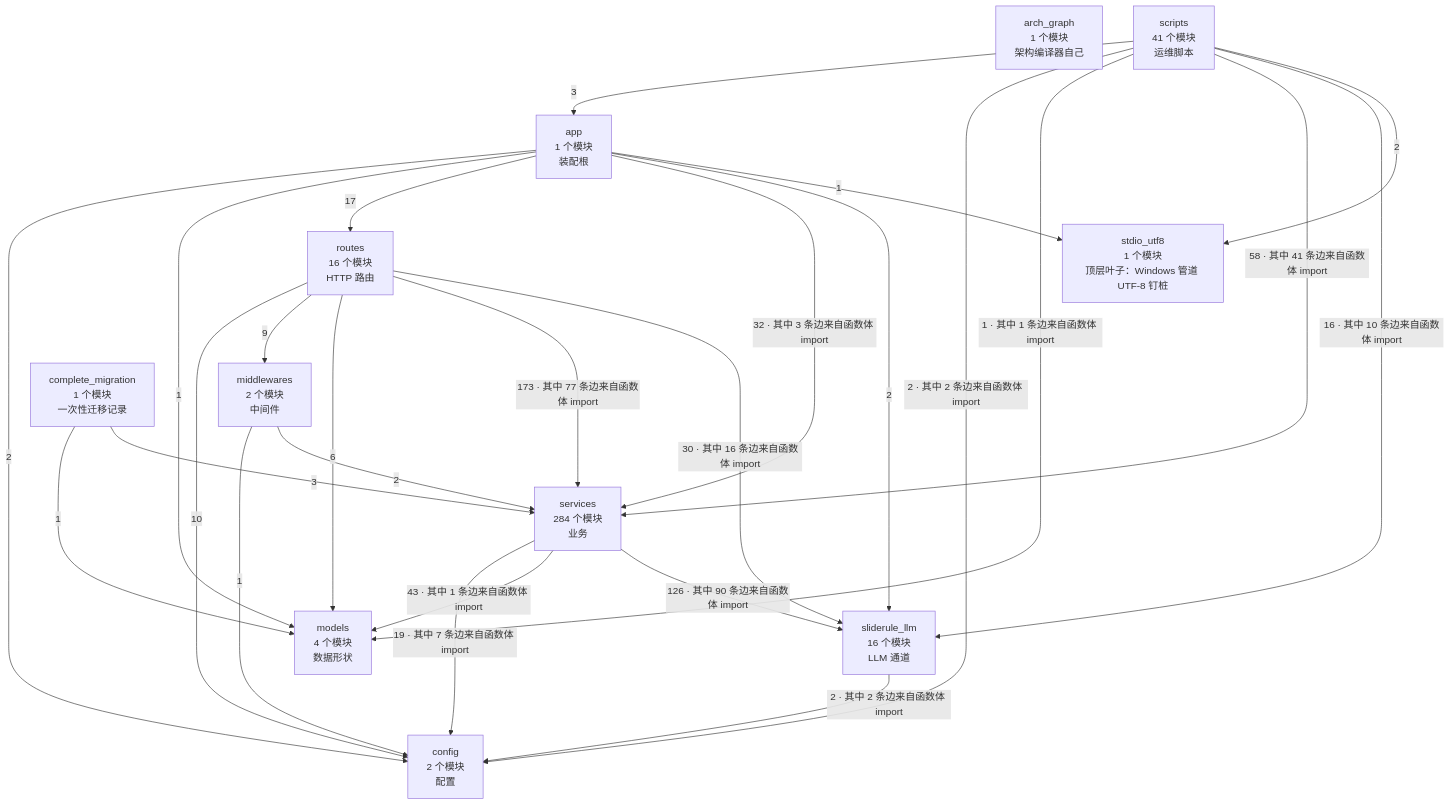
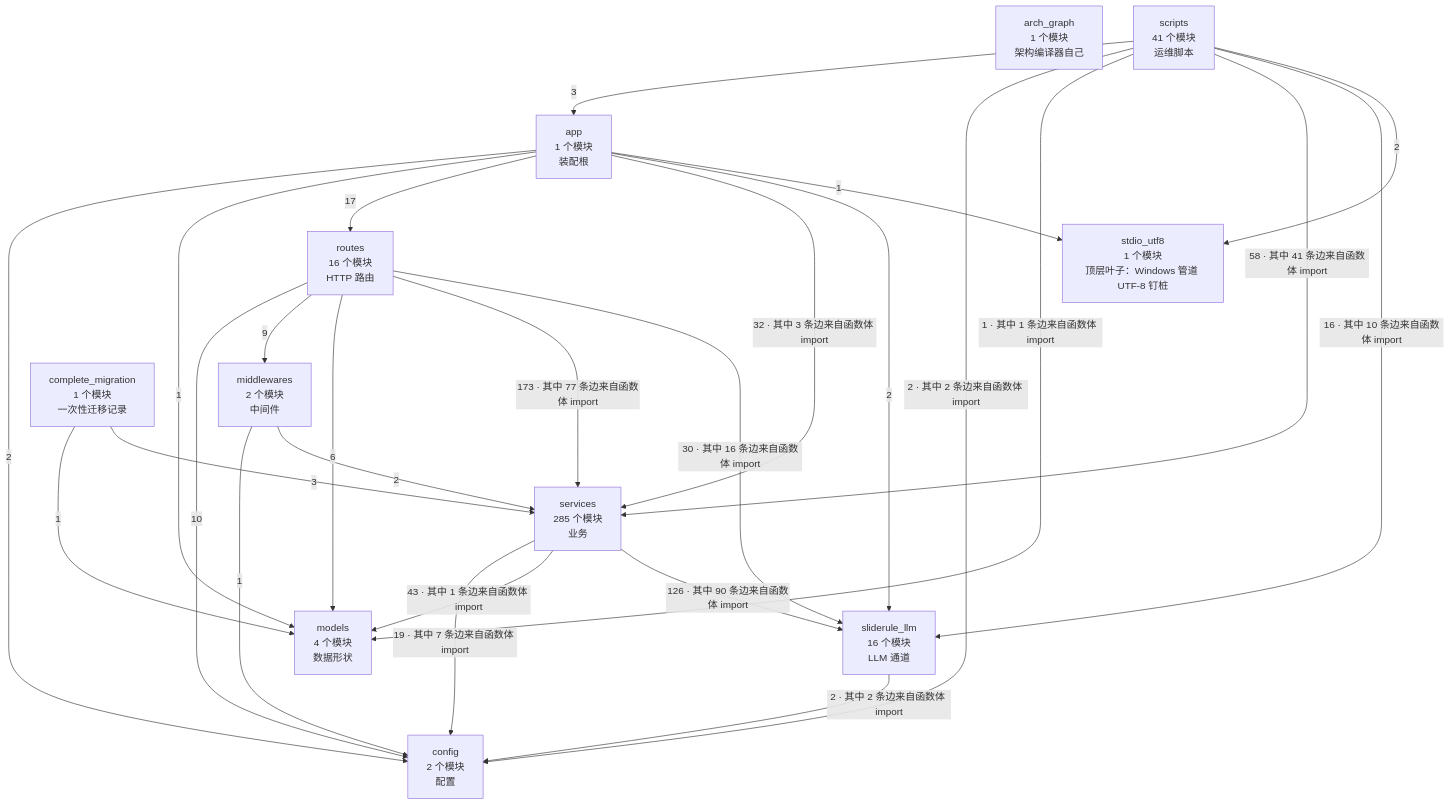
One commit to 2686521696/WhyBuddy changed the second of 4 diagrams in docs/SlideRule V6.2 架构图（自动生成）.md. Above: the diagram before and after it, drawn with Mermaid. The commit also changed other lines of this file and 7 other files, not shown here.

````diff
--- a/docs/SlideRule V6.2 架构图（自动生成）.md
+++ b/docs/SlideRule V6.2 架构图（自动生成）.md
@@ -62,39 +62,39 @@
 ```mermaid
 flowchart TB
   arch_graph["arch_graph<br/>1 个模块<br/>架构编译器自己"]
   config["config<br/>2 个模块<br/>配置"]
   models["models<br/>4 个模块<br/>数据形状"]
   stdio_utf8["stdio_utf8<br/>1 个模块<br/>顶层叶子：Windows 管道 UTF-8 钉桩"]
   sliderule_llm["sliderule_llm<br/>16 个模块<br/>LLM 通道"]
   middlewares["middlewares<br/>2 个模块<br/>中间件"]
-  services["services<br/>284 个模块<br/>业务"]
+  services["services<br/>285 个模块<br/>业务"]
   routes["routes<br/>16 个模块<br/>HTTP 路由"]
   app["app<br/>1 个模块<br/>装配根"]
   complete_migration["complete_migration<br/>1 个模块<br/>一次性迁移记录"]
   scripts["scripts<br/>41 个模块<br/>运维脚本"]
   app -->|2| config
   app -->|1| models
   app -->|17| routes
   app -->|32 · 其中 3 条边来自函数体 import| services
   app -->|2| sliderule_llm
   app -->|1| stdio_utf8
   complete_migration -->|1| models
   complete_migration -->|3| services
   middlewares -->|1| config
   middlewares -->|2| services
   routes -->|10| config
   routes -->|9| middlewares
   routes -->|6| models
   routes -->|173 · 其中 77 条边来自函数体 import| services
   routes -->|30 · 其中 16 条边来自函数体 import| sliderule_llm
   scripts -->|3| app
   scripts -->|2 · 其中 2 条边来自函数体 import| config
   scripts -->|1 · 其中 1 条边来自函数体 import| models
   scripts -->|58 · 其中 41 条边来自函数体 import| services
   scripts -->|16 · 其中 10 条边来自函数体 import| sliderule_llm
   scripts -->|2| stdio_utf8
   services -->|19 · 其中 7 条边来自函数体 import| config
   services -->|43 · 其中 1 条边来自函数体 import| models
   services -->|126 · 其中 90 条边来自函数体 import| sliderule_llm
   sliderule_llm -->|2 · 其中 2 条边来自函数体 import| config
 ```
````
